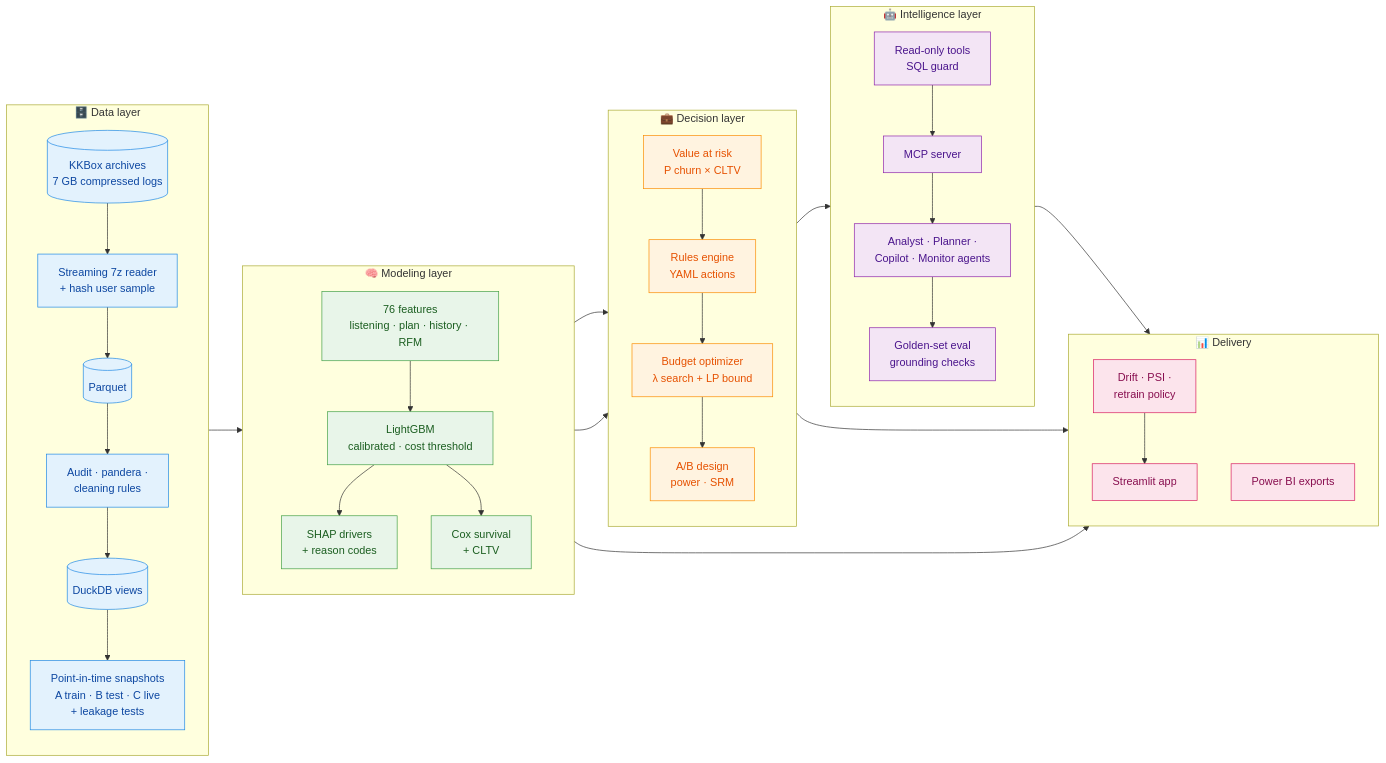
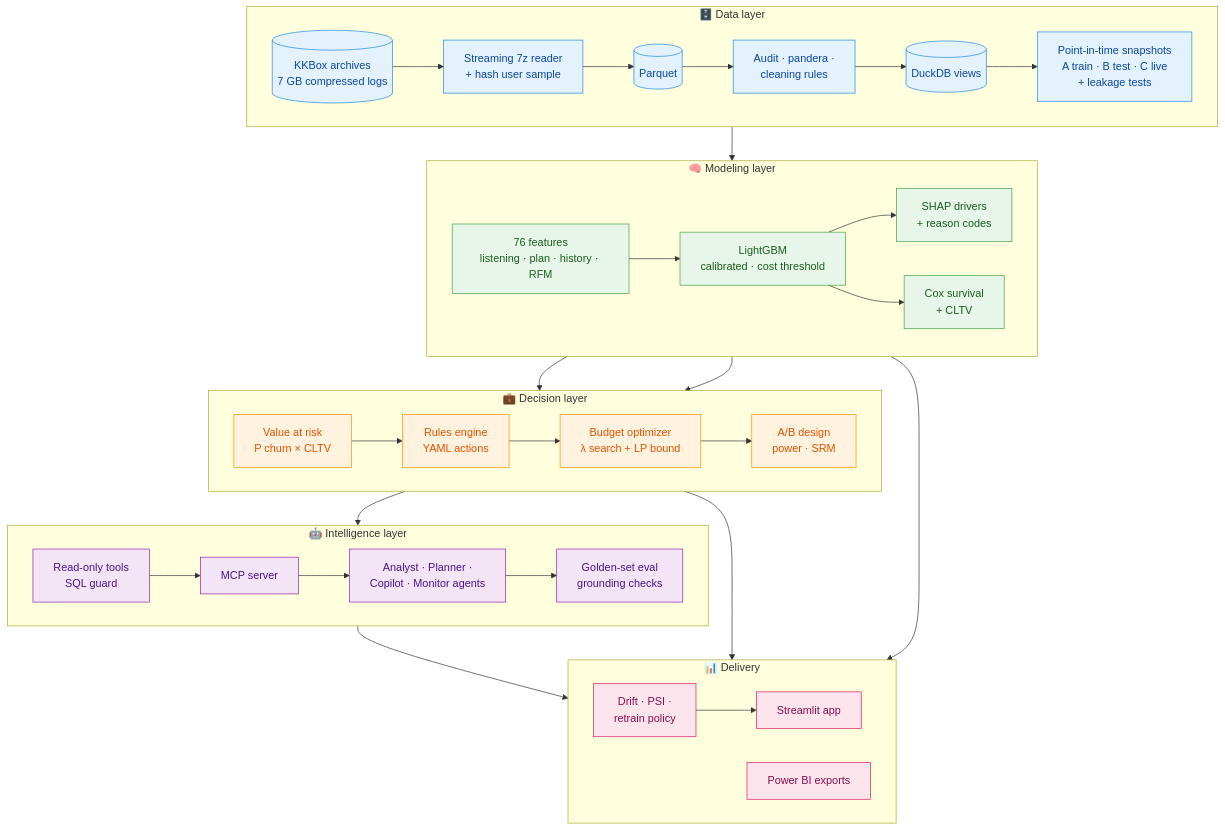
One commit to LokeshMaan10/ChurnLens changed the diagram in README.md. Above: the diagram before and after it, drawn with Mermaid.

Commit message:
README: stack architecture layers vertically, quote diagram labels

````diff
--- a/README.md
+++ b/README.md
@@ -32,59 +32,59 @@
 ```mermaid
-flowchart LR
+flowchart TB
     subgraph DATA["🗄️ Data layer"]
-        direction TB
-        RAW[(KKBox archives<br/>7 GB compressed logs)] --> STREAM[Streaming 7z reader<br/>+ hash user sample]
-        STREAM --> PQ[(Parquet)]
-        PQ --> CLEAN[Audit · pandera ·<br/>cleaning rules]
-        CLEAN --> DUCK[(DuckDB views)]
-        DUCK --> SNAP[Point-in-time snapshots<br/>A train · B test · C live<br/>+ leakage tests]
+        direction LR
+        RAW[("KKBox archives<br/>7 GB compressed logs")] --> STREAM["Streaming 7z reader<br/>+ hash user sample"]
+        STREAM --> PQ[("Parquet")]
+        PQ --> CLEAN["Audit · pandera ·<br/>cleaning rules"]
+        CLEAN --> DUCK[("DuckDB views")]
+        DUCK --> SNAP["Point-in-time snapshots<br/>A train · B test · C live<br/>+ leakage tests"]
     end
 
     subgraph ML["🧠 Modeling layer"]
-        direction TB
-        FEAT[76 features<br/>listening · plan · history · RFM] --> MODEL[LightGBM<br/>calibrated · cost threshold]
-        MODEL --> SHAP[SHAP drivers<br/>+ reason codes]
-        MODEL --> SURV[Cox survival<br/>+ CLTV]
+        direction LR
+        FEAT["76 features<br/>listening · plan · history · RFM"] --> MODEL["LightGBM<br/>calibrated · cost threshold"]
+        MODEL --> SHAP["SHAP drivers<br/>+ reason codes"]
+        MODEL --> SURV["Cox survival<br/>+ CLTV"]
     end
 
     subgraph DEC["💼 Decision layer"]
-        direction TB
-        EVAR[Value at risk<br/>P churn × CLTV] --> RULES[Rules engine<br/>YAML actions]
-        RULES --> OPT[Budget optimizer<br/>λ search + LP bound]
-        OPT --> AB[A/B design<br/>power · SRM]
+        direction LR
+        EVAR["Value at risk<br/>P churn × CLTV"] --> RULES["Rules engine<br/>YAML actions"]
+        RULES --> OPT["Budget optimizer<br/>λ search + LP bound"]
+        OPT --> AB["A/B design<br/>power · SRM"]
     end
 
     subgraph AI["🤖 Intelligence layer"]
-        direction TB
-        TOOLS[Read-only tools<br/>SQL guard] --> MCP[MCP server]
-        MCP --> AGENTS[Analyst · Planner ·<br/>Copilot · Monitor agents]
-        AGENTS --> EVAL[Golden-set eval<br/>grounding checks]
+        direction LR
+        TOOLS["Read-only tools<br/>SQL guard"] --> MCP["MCP server"]
+        MCP --> AGENTS["Analyst · Planner ·<br/>Copilot · Monitor agents"]
+        AGENTS --> EVAL["Golden-set eval<br/>grounding checks"]
     end
 
     subgraph OUT["📊 Delivery"]
-        direction TB
-        APP[Streamlit app]
-        PBI[Power BI exports]
-        MON[Drift · PSI ·<br/>retrain policy]
+        direction LR
+        APP["Streamlit app"]
+        PBI["Power BI exports"]
+        MON["Drift · PSI ·<br/>retrain policy"]
     end
 
     SNAP --> FEAT
     SHAP --> EVAR
     SURV --> EVAR
     OPT --> TOOLS
     MODEL --> MON
     AGENTS --> APP
     OPT --> PBI
     MON --> APP
 
     classDef data fill:#E3F2FD,stroke:#1E88E5,color:#0D47A1
     classDef ml fill:#E8F5E9,stroke:#43A047,color:#1B5E20
     classDef dec fill:#FFF3E0,stroke:#FB8C00,color:#E65100
     classDef ai fill:#F3E5F5,stroke:#8E24AA,color:#4A148C
     classDef out fill:#FCE4EC,stroke:#D81B60,color:#880E4F
     class RAW,STREAM,PQ,CLEAN,DUCK,SNAP data
     class FEAT,MODEL,SHAP,SURV ml
     class EVAR,RULES,OPT,AB dec
     class TOOLS,MCP,AGENTS,EVAL ai
     class APP,PBI,MON out
 ```
````
